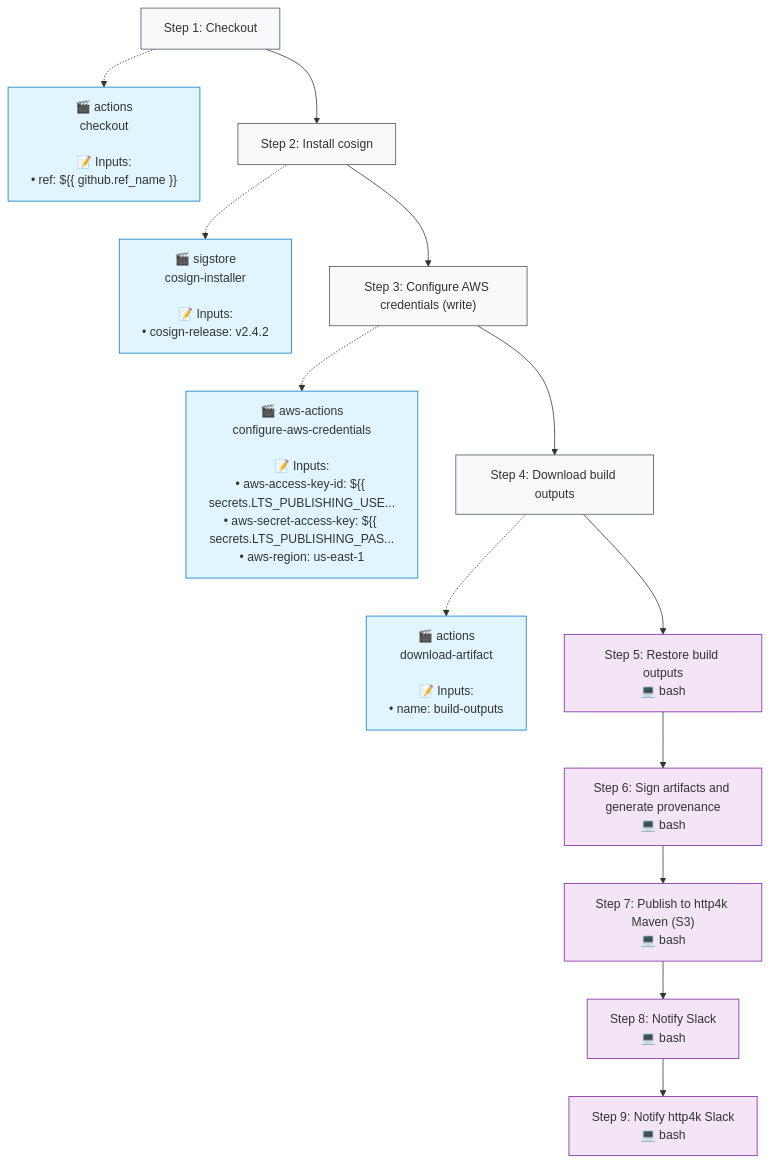
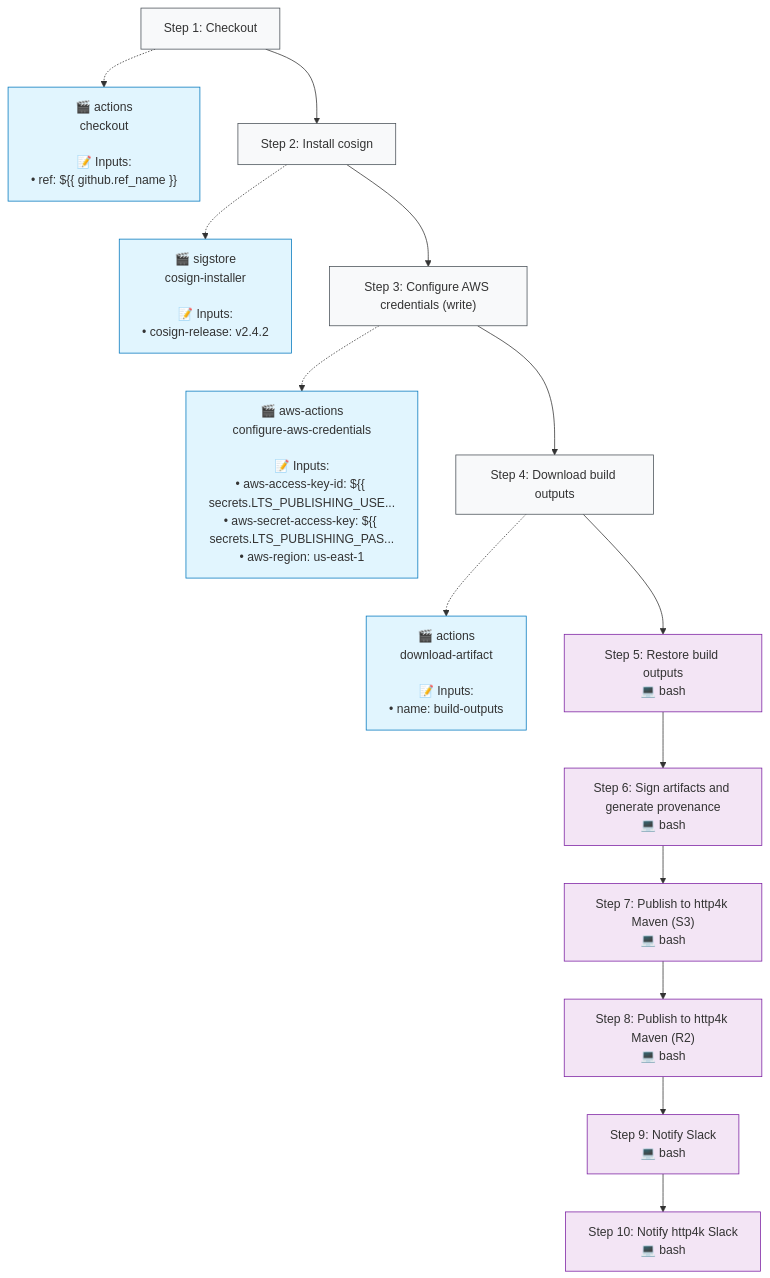
The third of 4 diagrams in .github/typeflows/publish-artifacts/README.md (http4k/http4k), drawn with Mermaid before and after one commit. The commit also changed 3 other files, not shown here.

````diff
--- a/.github/typeflows/publish-artifacts/README.md
+++ b/.github/typeflows/publish-artifacts/README.md
@@ -103,42 +103,45 @@
 ```mermaid
 %%{init: {"flowchart": {"curve": "basis"}}}%%
 flowchart TD
     step1["Step 1: Checkout"]
     style step1 fill:#f8f9fa,stroke:#495057
     action1["🎬 actions<br/>checkout<br/><br/>📝 Inputs:<br/>• ref: ${{ github.ref_name }}"]
     style action1 fill:#e1f5fe,stroke:#0277bd
     step1 -.-> action1
     step2["Step 2: Install cosign"]
     style step2 fill:#f8f9fa,stroke:#495057
     action2["🎬 sigstore<br/>cosign-installer<br/><br/>📝 Inputs:<br/>• cosign-release: v2.4.2"]
     style action2 fill:#e1f5fe,stroke:#0277bd
     step2 -.-> action2
     step1 --> step2
     step3["Step 3: Configure AWS credentials (write)"]
     style step3 fill:#f8f9fa,stroke:#495057
     action3["🎬 aws-actions<br/>configure-aws-credentials<br/><br/>📝 Inputs:<br/>• aws-access-key-id: ${{ secrets.LTS_PUBLISHING_USE...<br/>• aws-secret-access-key: ${{ secrets.LTS_PUBLISHING_PAS...<br/>• aws-region: us-east-1"]
     style action3 fill:#e1f5fe,stroke:#0277bd
     step3 -.-> action3
     step2 --> step3
     step4["Step 4: Download build outputs"]
     style step4 fill:#f8f9fa,stroke:#495057
     action4["🎬 actions<br/>download-artifact<br/><br/>📝 Inputs:<br/>• name: build-outputs"]
     style action4 fill:#e1f5fe,stroke:#0277bd
     step4 -.-> action4
     step3 --> step4
     step5["Step 5: Restore build outputs<br/>💻 bash"]
     style step5 fill:#f3e5f5,stroke:#7b1fa2
     step4 --> step5
     step6["Step 6: Sign artifacts and generate provenance<br/>💻 bash"]
     style step6 fill:#f3e5f5,stroke:#7b1fa2
     step5 --> step6
     step7["Step 7: Publish to http4k Maven (S3)<br/>💻 bash"]
     style step7 fill:#f3e5f5,stroke:#7b1fa2
     step6 --> step7
-    step8["Step 8: Notify Slack<br/>💻 bash"]
+    step8["Step 8: Publish to http4k Maven (R2)<br/>💻 bash"]
     style step8 fill:#f3e5f5,stroke:#7b1fa2
     step7 --> step8
-    step9["Step 9: Notify http4k Slack<br/>💻 bash"]
+    step9["Step 9: Notify Slack<br/>💻 bash"]
     style step9 fill:#f3e5f5,stroke:#7b1fa2
     step8 --> step9
+    step10["Step 10: Notify http4k Slack<br/>💻 bash"]
+    style step10 fill:#f3e5f5,stroke:#7b1fa2
+    step9 --> step10
 ```
````
